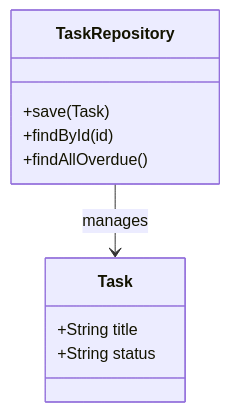
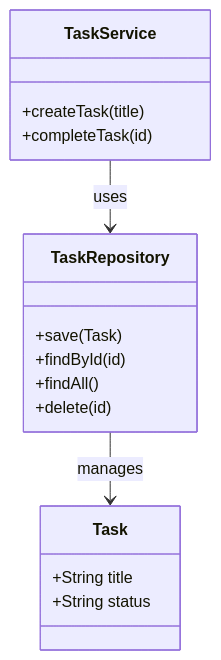
Before and after one commit to suli-g/stratum: the eighth of 10 diagrams in docs/level-1/L02.md, drawn with Mermaid. The commit also changed other lines of this file, not shown here.

Commit message:
Draft: Updated version of task 2 - to be submitted for comparison.

````diff
--- a/docs/level-1/L02.md
+++ b/docs/level-1/L02.md
@@ -188,13 +247,20 @@
 ```{mermaid}
 classDiagram
-    class TaskRepository {
-        +save(Task)
-        +findById(id)
-        +findAllOverdue()
-    }
     class Task {
         +String title
         +String status
     }
+    class TaskRepository {
+        +save(Task)
+        +findById(id)
+        +findAll()
+        +delete(id)
+    }
+    class TaskService {
+        +createTask(title)
+        +completeTask(id)
+    }
+    
+    TaskService --> TaskRepository : uses
     TaskRepository --> Task : manages
 ```
````
